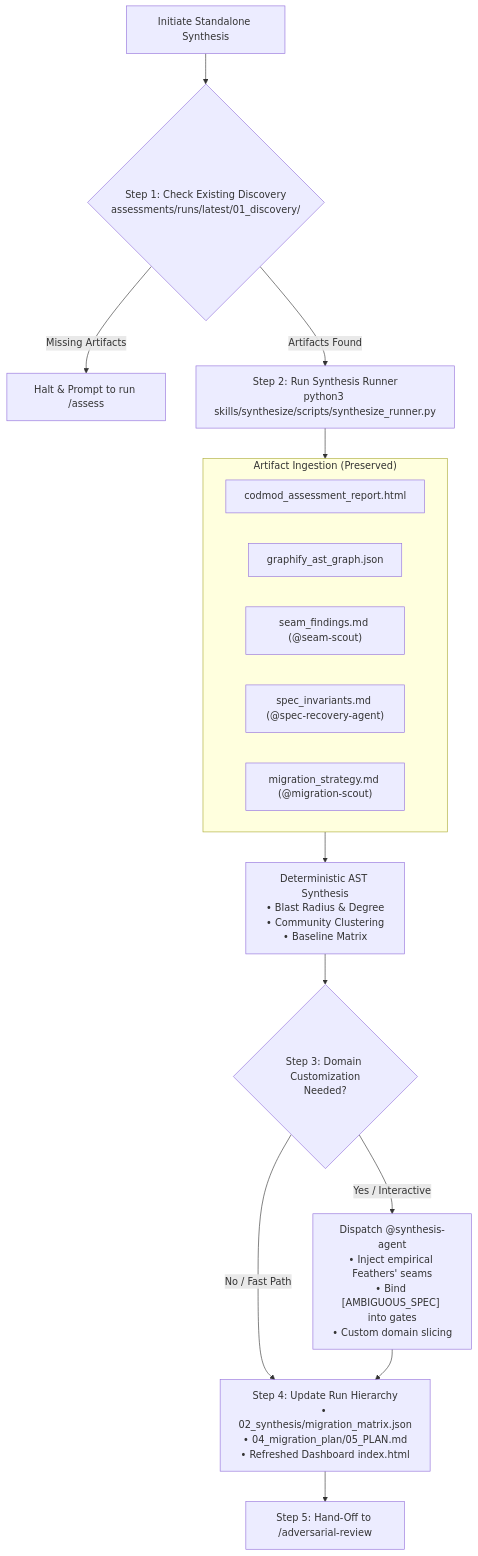
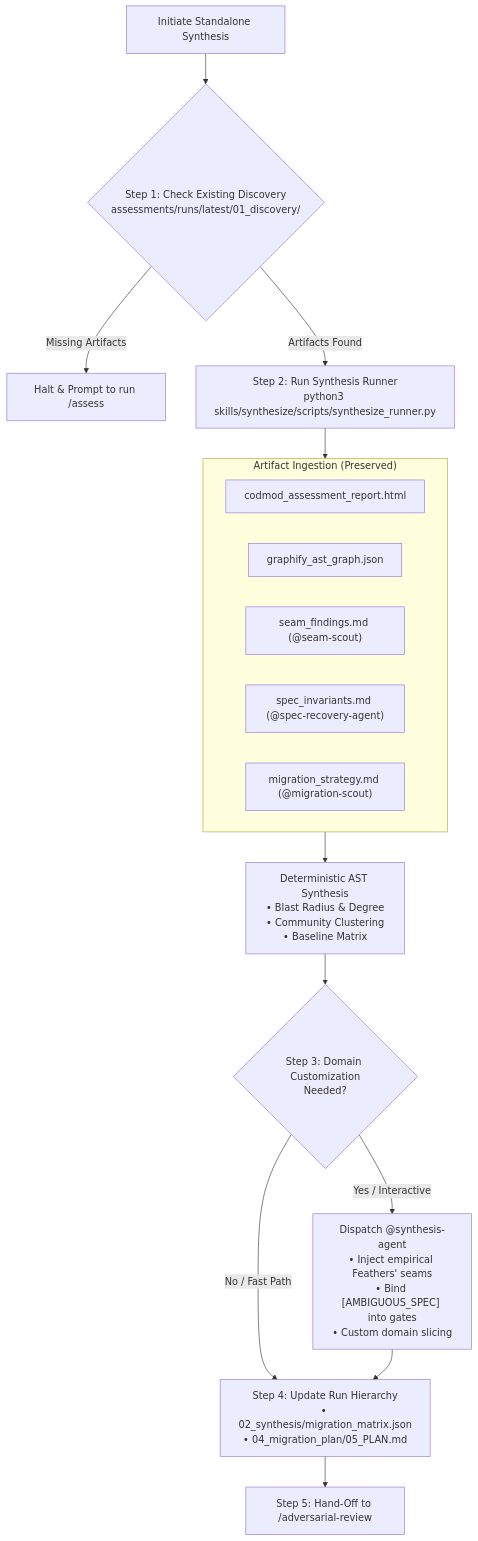
One commit to sapientcoffee/bean-grinder changed the diagram in skills/synthesize/SKILL.md. Above: the diagram before and after it, drawn with Mermaid. The commit also changed other lines of this file and 34 other files, not shown here.

Commit message:
feat(qrspi): modernize synthesis agents, normalize tools, and align with QRSPI Stage 5

````diff
--- a/skills/synthesize/SKILL.md
+++ b/skills/synthesize/SKILL.md
@@ -10,24 +10,24 @@
 ```mermaid
 flowchart TD
     Start["Initiate Standalone Synthesis"] --> CheckRun{"Step 1: Check Existing Discovery<br/>assessments/runs/latest/01_discovery/"}
     CheckRun -->|Missing Artifacts| Halt["Halt & Prompt to run /assess"]
     CheckRun -->|Artifacts Found| RunScript["Step 2: Run Synthesis Runner<br/>python3 skills/synthesize/scripts/synthesize_runner.py"]
     
     subgraph Ingestion["Artifact Ingestion (Preserved)"]
         A1["codmod_assessment_report.html"]
         A2["graphify_ast_graph.json"]
         A3["seam_findings.md (@seam-scout)"]
         A4["spec_invariants.md (@spec-recovery-agent)"]
         A5["migration_strategy.md (@migration-scout)"]
     end
     
     RunScript --> Ingestion
     Ingestion --> Math["Deterministic AST Synthesis<br/>• Blast Radius & Degree<br/>• Community Clustering<br/>• Baseline Matrix"]
     
     Math --> AgentGate{"Step 3: Domain Customization<br/>Needed?"}
     AgentGate -->|Yes / Interactive| Subagent["Dispatch @synthesis-agent<br/>• Inject empirical Feathers' seams<br/>• Bind [AMBIGUOUS_SPEC] into gates<br/>• Custom domain slicing"]
     AgentGate -->|No / Fast Path| StageOutputs
     
-    Subagent --> StageOutputs["Step 4: Update Run Hierarchy<br/>• 02_synthesis/migration_matrix.json<br/>• 04_migration_plan/05_PLAN.md<br/>• Refreshed Dashboard index.html"]
+    Subagent --> StageOutputs["Step 4: Update Run Hierarchy<br/>• 02_synthesis/migration_matrix.json<br/>• 04_migration_plan/05_PLAN.md"]
     StageOutputs --> Next["Step 5: Hand-Off to /adversarial-review"]
 ```
````
